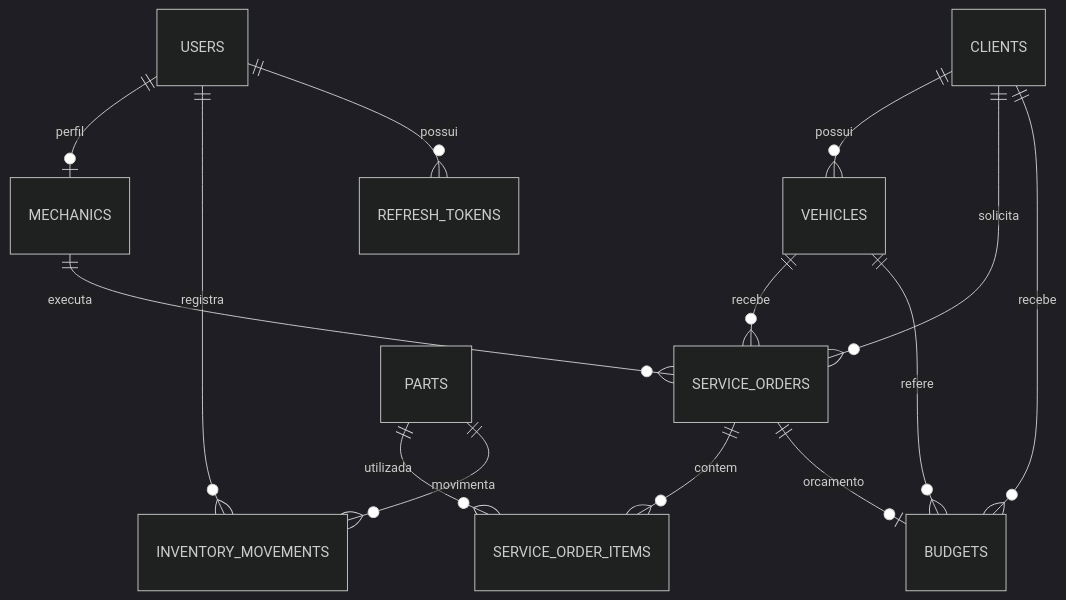
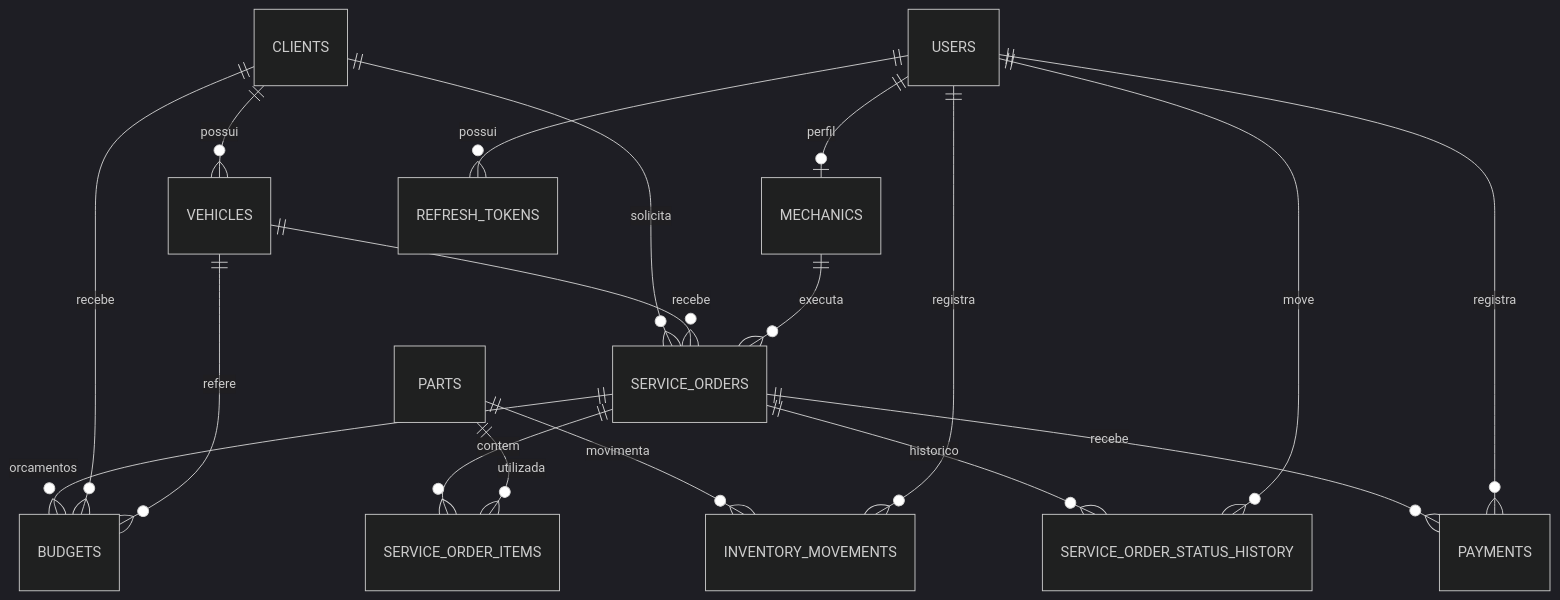
The diagram in README.md (adanwilliamdev/Torque_Gestao), drawn with Mermaid (dark theme) before and after one commit. The commit also changed other lines of this file and 41 other files, not shown here.

````diff
--- a/README.md
+++ b/README.md
@@ -251,16 +269,20 @@
 ```mermaid
 erDiagram
     CLIENTS ||--o{ VEHICLES : possui
     CLIENTS ||--o{ SERVICE_ORDERS : solicita
     VEHICLES ||--o{ SERVICE_ORDERS : recebe
     MECHANICS ||--o{ SERVICE_ORDERS : executa
     USERS ||--o| MECHANICS : perfil
     SERVICE_ORDERS ||--o{ SERVICE_ORDER_ITEMS : contem
     PARTS ||--o{ SERVICE_ORDER_ITEMS : utilizada
     PARTS ||--o{ INVENTORY_MOVEMENTS : movimenta
     USERS ||--o{ INVENTORY_MOVEMENTS : registra
-    SERVICE_ORDERS ||--o| BUDGETS : orcamento
+    SERVICE_ORDERS ||--o{ BUDGETS : orcamentos
+    SERVICE_ORDERS ||--o{ PAYMENTS : recebe
+    SERVICE_ORDERS ||--o{ SERVICE_ORDER_STATUS_HISTORY : historico
+    USERS ||--o{ SERVICE_ORDER_STATUS_HISTORY : move
+    USERS ||--o{ PAYMENTS : registra
     CLIENTS ||--o{ BUDGETS : recebe
     VEHICLES ||--o{ BUDGETS : refere
     USERS ||--o{ REFRESH_TOKENS : possui
 ```
````
